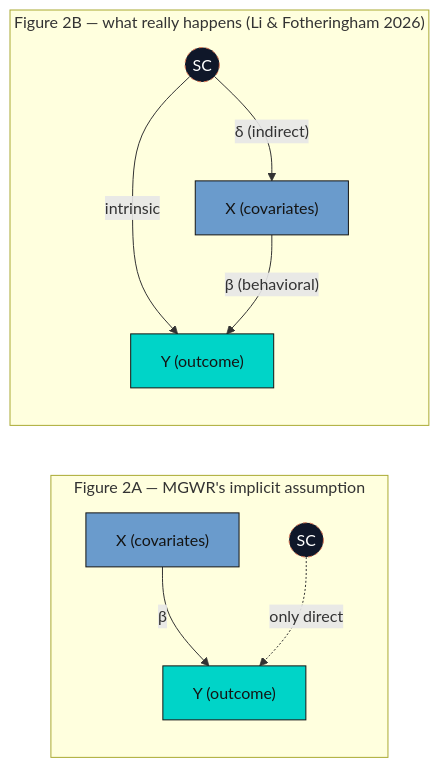
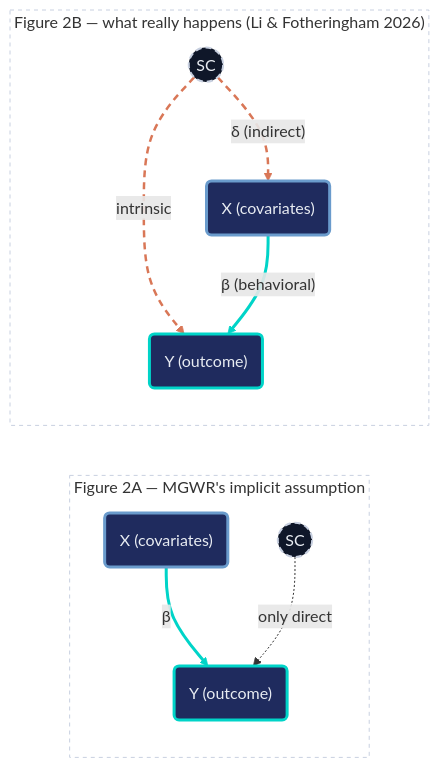
One commit to cmg777/starter-academic-v501 changed the second of 2 diagrams in content/post/python_mgwrfer/index.md. Above: the diagram before and after it, drawn with Mermaid. The commit also changed other lines of this file and 9 other files, not shown here.

First line of the commit message:
content(mermaid): restyle flowcharts in Python posts, batch 2 of 2

````diff
--- a/content/post/python_mgwrfer/index.md
+++ b/content/post/python_mgwrfer/index.md
@@ -126,19 +128,23 @@
 ```mermaid
 graph LR
-    subgraph "Figure 2A — MGWR's implicit assumption"
-        X1["X (covariates)"] -->|"β"| Y1["Y (outcome)"]
+    subgraph SG1["Figure 2A — MGWR's implicit assumption"]
+        X1("X (covariates)") -->|"β"| Y1("Y (outcome)")
         SC1((SC)):::hidden -.->|"only direct"| Y1
     end
 
-    subgraph "Figure 2B — what really happens (Li &amp; Fotheringham 2026)"
-        SC2((SC)):::hidden -->|"δ (indirect)"| X2["X (covariates)"]
-        SC2 -->|"intrinsic"| Y2["Y (outcome)"]
+    subgraph SG2["Figure 2B — what really happens (Li &amp; Fotheringham 2026)"]
+        SC2((SC)):::hidden -->|"δ (indirect)"| X2("X (covariates)")
+        SC2 -->|"intrinsic"| Y2("Y (outcome)")
         X2 -->|"β (behavioral)"| Y2
     end
 
-    classDef hidden fill:#0f1729,stroke:#d97757,color:#fff,stroke-dasharray: 4 3
-    style X1 fill:#6a9bcc,stroke:#141413,color:#141413
-    style Y1 fill:#00d4c8,stroke:#141413,color:#141413
-    style X2 fill:#6a9bcc,stroke:#141413,color:#141413
-    style Y2 fill:#00d4c8,stroke:#141413,color:#141413
+    classDef hidden fill:#0f1729,stroke:#c8d0e0,stroke-width:2px,color:#e8ecf2,stroke-dasharray:6 4
+    style SG1 fill:none,stroke:#c8d0e0,stroke-width:1px,stroke-dasharray:4 4
+    style SG2 fill:none,stroke:#c8d0e0,stroke-width:1px,stroke-dasharray:4 4
+    classDef blue fill:#1f2b5e,stroke:#6a9bcc,stroke-width:3px,color:#e8ecf2
+    classDef teal fill:#1f2b5e,stroke:#00d4c8,stroke-width:3px,color:#e8ecf2
+    class X1,X2 blue
+    class Y1,Y2 teal
+    linkStyle 0,4 stroke:#00d4c8,stroke-width:3px
+    linkStyle 2,3 stroke:#d97757,stroke-width:2.5px,stroke-dasharray:7 5
 ```
````
